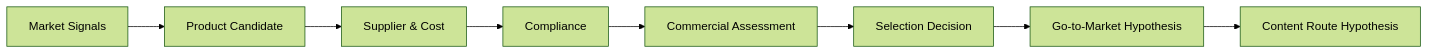
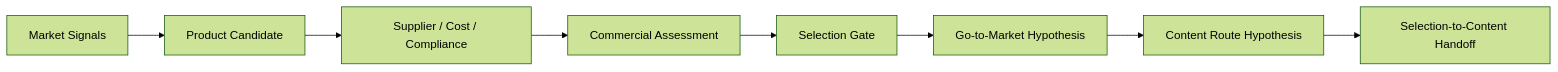
Before and after one commit to SONG-36/TK_Video_Intelligence_Workbench: the fifth of 6 diagrams in 02_DELIVERY_RELEASES.md, drawn with Mermaid (forest theme). The commit also changed other lines of this file and 8 other files, not shown here.

````diff
--- a/02_DELIVERY_RELEASES.md
+++ b/02_DELIVERY_RELEASES.md
@@ -119,13 +125,13 @@
 ```mermaid
 flowchart LR
     A[Market Signals]
     B[Product Candidate]
-    C[Supplier & Cost]
-    D[Compliance]
-    E[Commercial Assessment]
-    F[Selection Decision]
-    G[Go-to-Market Hypothesis]
-    H[Content Route Hypothesis]
+    C[Supplier / Cost / Compliance]
+    D[Commercial Assessment]
+    E[Selection Gate]
+    F[Go-to-Market Hypothesis]
+    G[Content Route Hypothesis]
+    H[Selection-to-Content Handoff]
 
     A --> B --> C --> D --> E --> F --> G --> H
 ```
````
